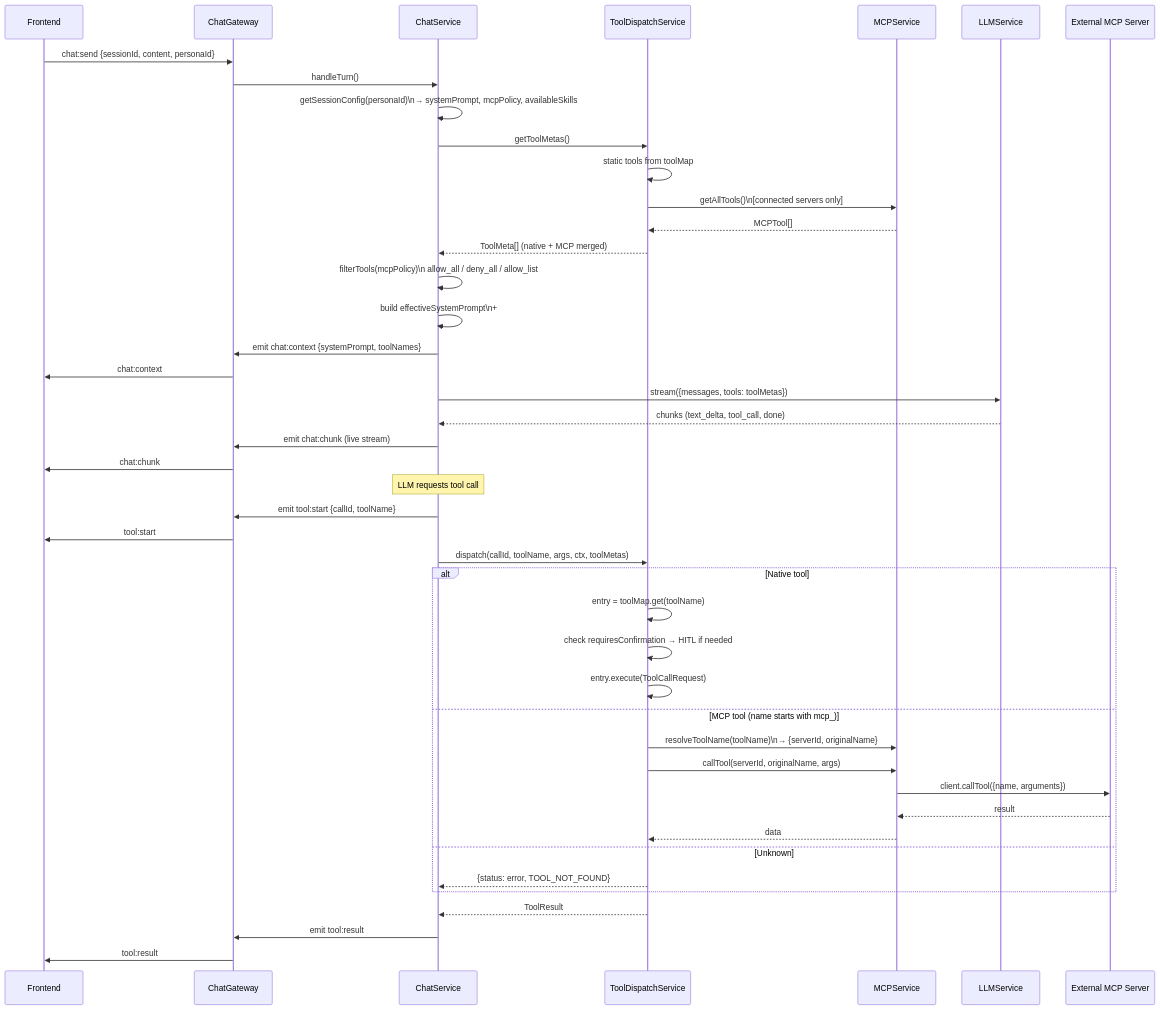
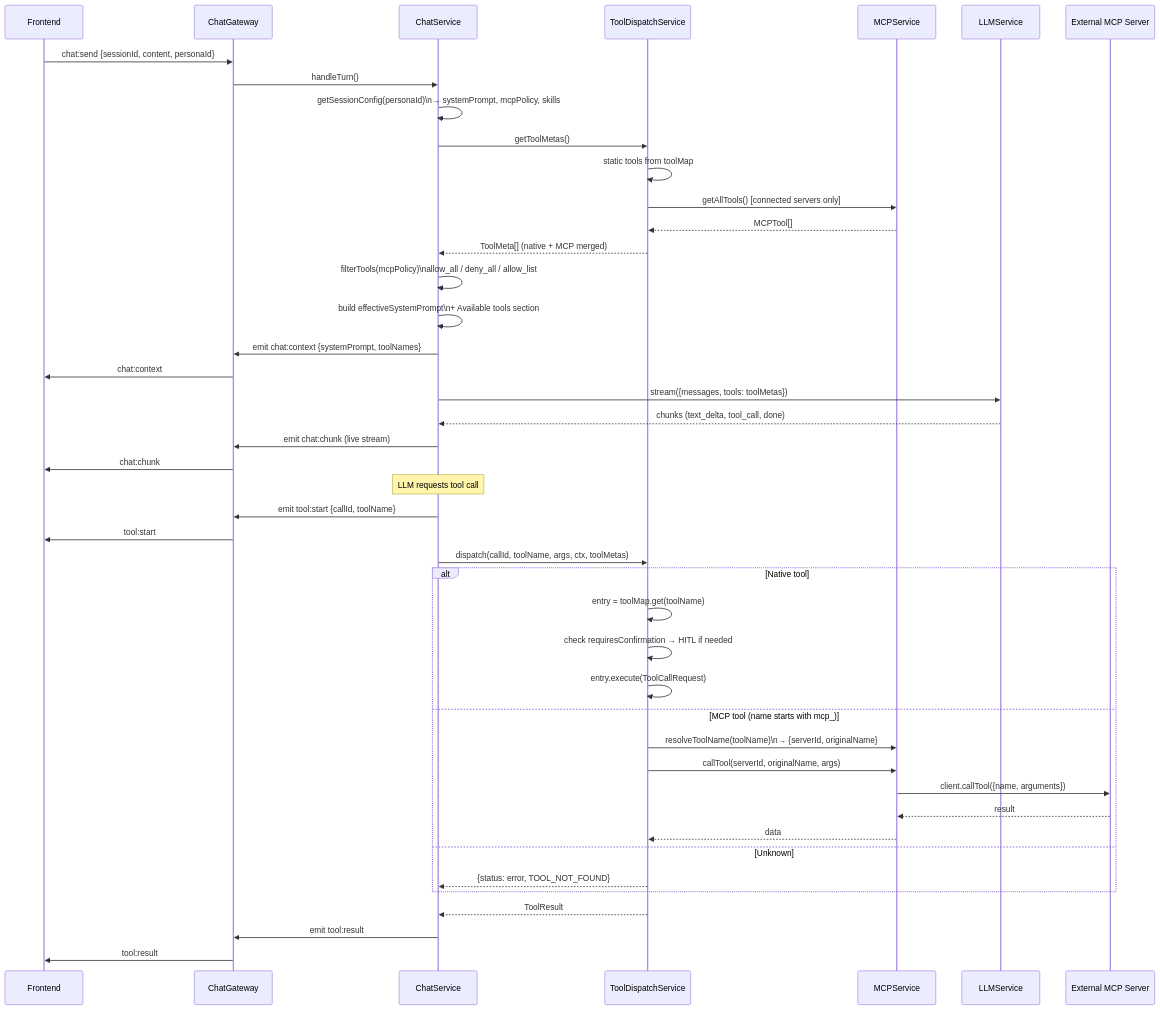
Before and after one commit to Radomiej/kalio-forever: the second of 3 diagrams in docs/mcp-architecture.md, drawn with Mermaid. The commit also changed other lines of this file and 7 other files, not shown here.

First line of the commit message:
docs: overhaul README, translate mcp-architecture, update all diagrams for public release

````diff
--- a/docs/mcp-architecture.md
+++ b/docs/mcp-architecture.md
@@ -128,51 +128,51 @@
 ```mermaid
 sequenceDiagram
     participant FE as Frontend
     participant GW as ChatGateway
     participant CS as ChatService
     participant TD as ToolDispatchService
     participant MCP as MCPService
     participant LLM as LLMService
     participant EXT as External MCP Server
 
     FE->>GW: chat:send {sessionId, content, personaId}
     GW->>CS: handleTurn()
-    CS->>CS: getSessionConfig(personaId)\n→ systemPrompt, mcpPolicy, availableSkills
+    CS->>CS: getSessionConfig(personaId)\n→ systemPrompt, mcpPolicy, skills
     CS->>TD: getToolMetas()
     TD->>TD: static tools from toolMap
-    TD->>MCP: getAllTools()\n[connected servers only]
+    TD->>MCP: getAllTools() [connected servers only]
     MCP-->>TD: MCPTool[]
     TD-->>CS: ToolMeta[] (native + MCP merged)
-    CS->>CS: filterTools(mcpPolicy)\n allow_all / deny_all / allow_list
-    CS->>CS: build effectiveSystemPrompt\n+ ## Available tools section
+    CS->>CS: filterTools(mcpPolicy)\nallow_all / deny_all / allow_list
+    CS->>CS: build effectiveSystemPrompt\n+ Available tools section
     CS->>GW: emit chat:context {systemPrompt, toolNames}
     GW->>FE: chat:context
     CS->>LLM: stream({messages, tools: toolMetas})
     LLM-->>CS: chunks (text_delta, tool_call, done)
     CS->>GW: emit chat:chunk (live stream)
     GW->>FE: chat:chunk
 
     note over CS: LLM requests tool call
     CS->>GW: emit tool:start {callId, toolName}
     GW->>FE: tool:start
 
     CS->>TD: dispatch(callId, toolName, args, ctx, toolMetas)
 
     alt Native tool
         TD->>TD: entry = toolMap.get(toolName)
         TD->>TD: check requiresConfirmation → HITL if needed
         TD->>TD: entry.execute(ToolCallRequest)
     else MCP tool (name starts with mcp_)
         TD->>MCP: resolveToolName(toolName)\n→ {serverId, originalName}
         TD->>MCP: callTool(serverId, originalName, args)
         MCP->>EXT: client.callTool({name, arguments})
         EXT-->>MCP: result
         MCP-->>TD: data
     else Unknown
         TD-->>CS: {status: error, TOOL_NOT_FOUND}
     end
 
     TD-->>CS: ToolResult
     CS->>GW: emit tool:result
     GW->>FE: tool:result
 ```
````
